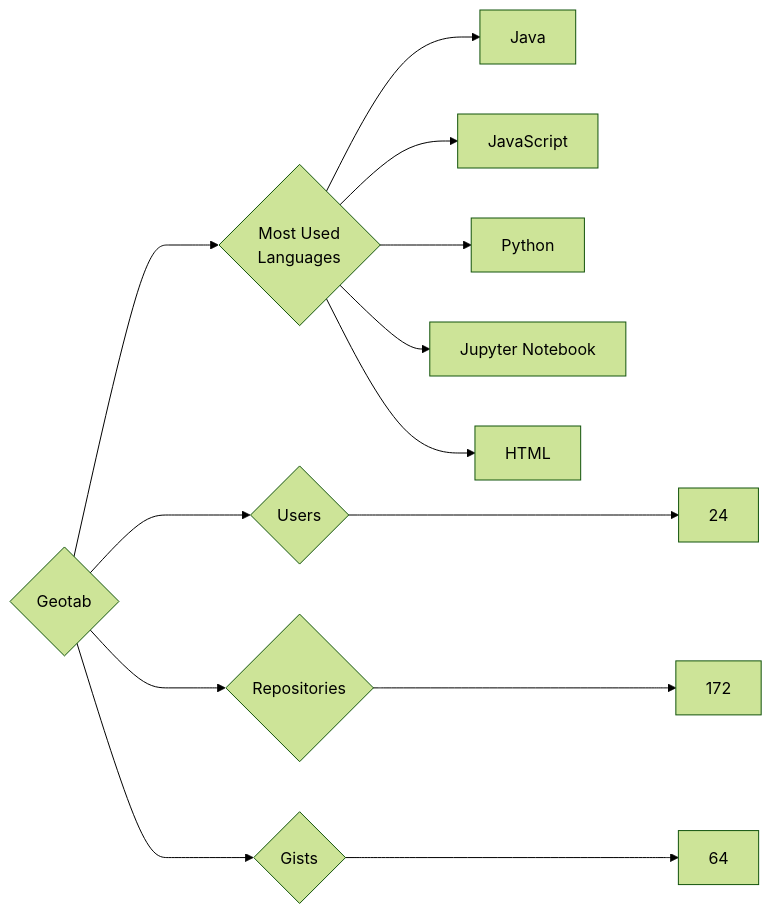
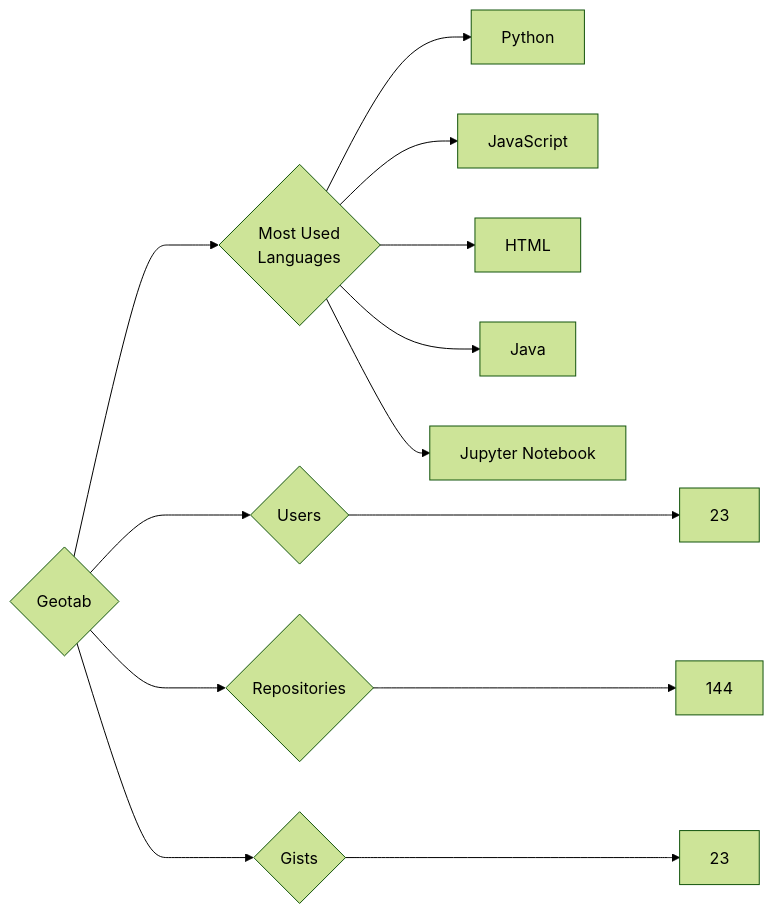
One commit to trickest/insiders changed the diagram in targets/Geotab/README.md. Above: the diagram before and after it, drawn with Mermaid (forest theme). The commit also changed 900 other files, not shown here.

````diff
--- a/targets/Geotab/README.md
+++ b/targets/Geotab/README.md
@@ -3,13 +3,13 @@
 ```mermaid
 graph LR
 COMPANY_NAME{Geotab}
-COMPANY_NAME ---> U{Users} ---> UN[24]
-COMPANY_NAME ---> R{Repositories} ---> RN[172]
-COMPANY_NAME ---> G{Gists} ---> GN[64]
+COMPANY_NAME ---> U{Users} ---> UN[23]
+COMPANY_NAME ---> R{Repositories} ---> RN[144]
+COMPANY_NAME ---> G{Gists} ---> GN[23]
 COMPANY_NAME ---> ML{Most Used<br>Languages}
+ML --> Python[Python]
+ML --> JavaScript[JavaScript]
+ML --> HTML[HTML]
 ML --> Java[Java]
-ML --> JavaScript[JavaScript]
-ML --> Python[Python]
 ML --> Jupyter_Notebook[Jupyter Notebook]
-ML --> HTML[HTML]
 ```
````
